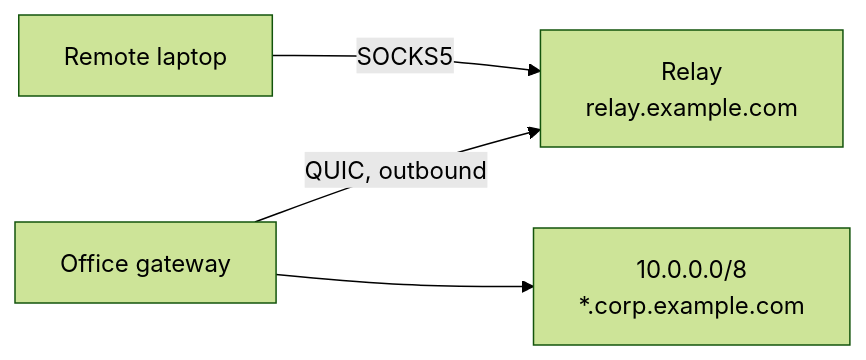
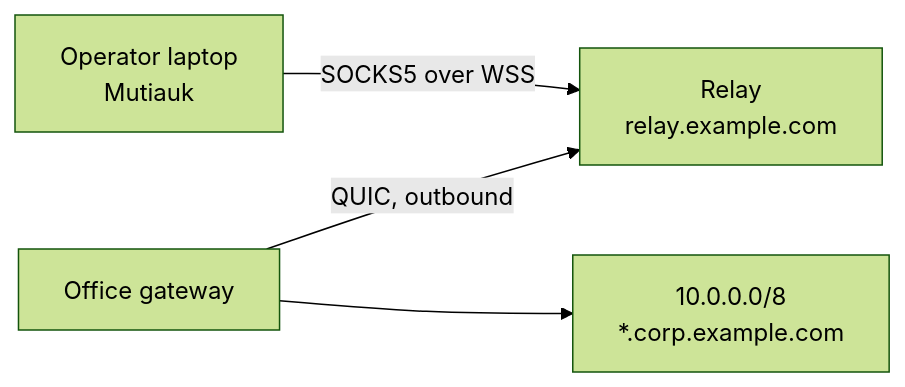
The first of 4 diagrams in docs/docs/deployment/scenarios.md (Muti-Metroo/Muti-Metroo), drawn with Mermaid (forest theme) before and after one commit. The commit also changed other lines of this file and 36 other files, not shown here.

First line of the commit message:
docs: present Mutiauk as the operator entry point of the suite

````diff
--- a/docs/docs/deployment/scenarios.md
+++ b/docs/docs/deployment/scenarios.md
@@ -29,6 +29,6 @@
 ```mermaid
 flowchart LR
-    Laptop[Remote laptop] -->|SOCKS5| Relay[Relay<br/>relay.example.com]
+    Laptop[Operator laptop<br/>Mutiauk] -->|SOCKS5 over WSS| Relay[Relay<br/>relay.example.com]
     Office[Office gateway] -->|QUIC, outbound| Relay
     Office --> Internal[10.0.0.0/8<br/>*.corp.example.com]
 ```
````
